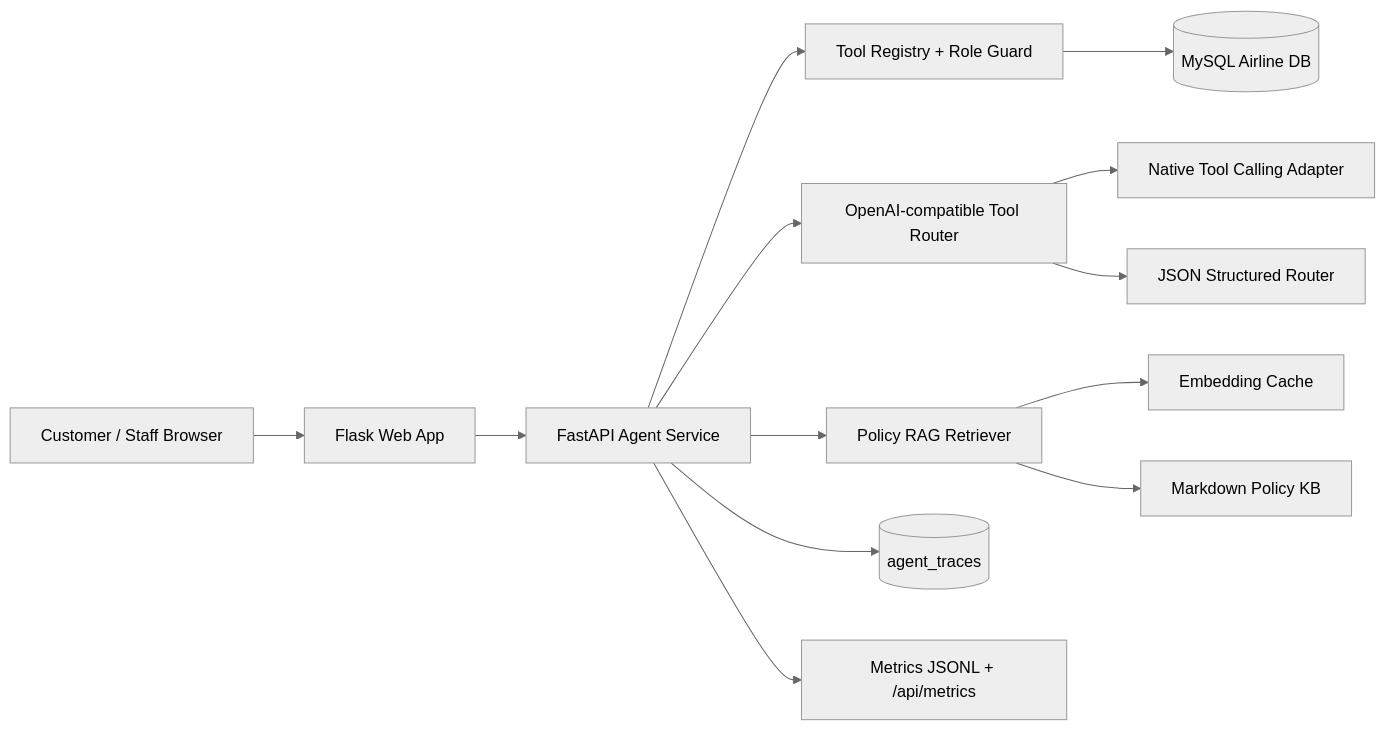
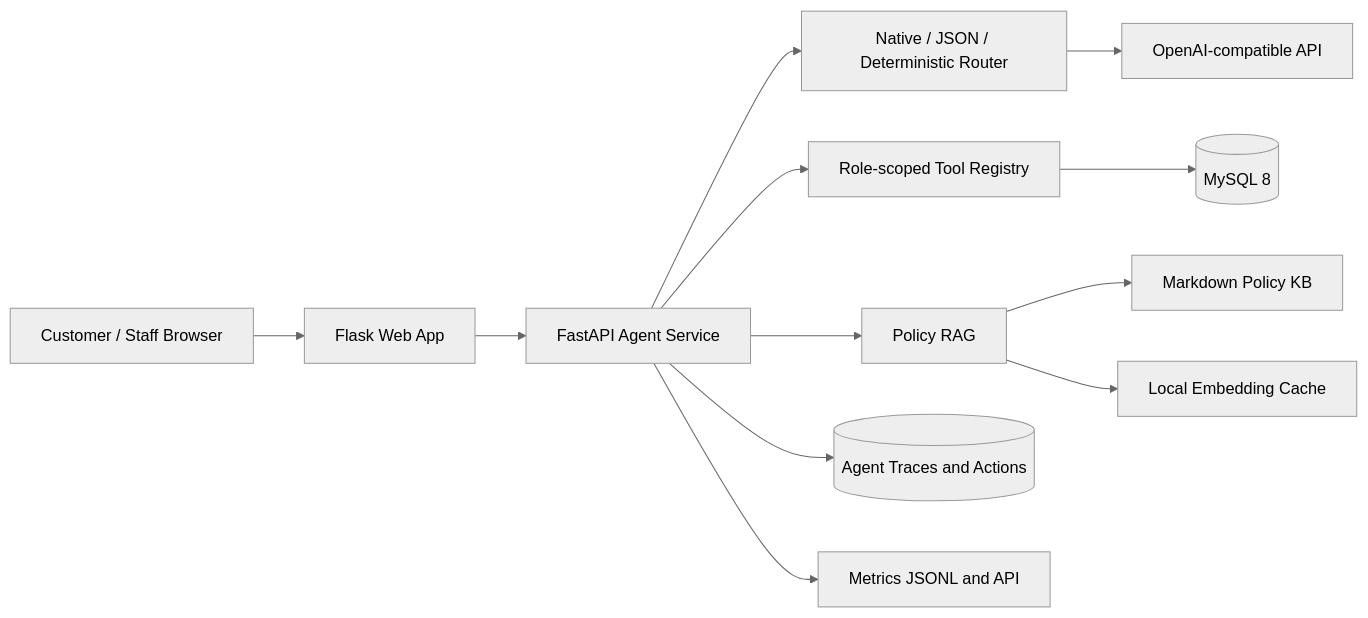
Before and after one commit to keith1117/airline-agentops-platform: the diagram in README.md, drawn with Mermaid (neutral theme). The commit also changed other lines of this file and 2 other files, not shown here.

````diff
--- a/README.md
+++ b/README.md
@@ -29,15 +35,14 @@
 ```mermaid
 flowchart LR
-    Browser[Customer / Staff Browser] --> Flask[Flask Web App]
-    Flask --> FastAPI[FastAPI Agent Service]
-    FastAPI --> Registry[Tool Registry + Role Guard]
-    Registry --> MySQL[(MySQL Airline DB)]
-    FastAPI --> LLM[OpenAI-compatible Tool Router]
-    LLM --> Native[Native Tool Calling Adapter]
-    LLM --> JSONRouter[JSON Structured Router]
-    FastAPI --> RAG[Policy RAG Retriever]
-    RAG --> Embeddings[Embedding Cache]
+    Browser[Customer / Staff Browser] --> Web[Flask Web App]
+    Web --> Agent[FastAPI Agent Service]
+    Agent --> Router[Native / JSON / Deterministic Router]
+    Router --> Model[OpenAI-compatible API]
+    Agent --> Registry[Role-scoped Tool Registry]
+    Registry --> DB[(MySQL 8)]
+    Agent --> RAG[Policy RAG]
     RAG --> Policy[Markdown Policy KB]
-    FastAPI --> Traces[(agent_traces)]
-    FastAPI --> Metrics[Metrics JSONL + /api/metrics]
+    RAG --> Cache[Local Embedding Cache]
+    Agent --> Traces[(Agent Traces and Actions)]
+    Agent --> Metrics[Metrics JSONL and API]
 ```
````
